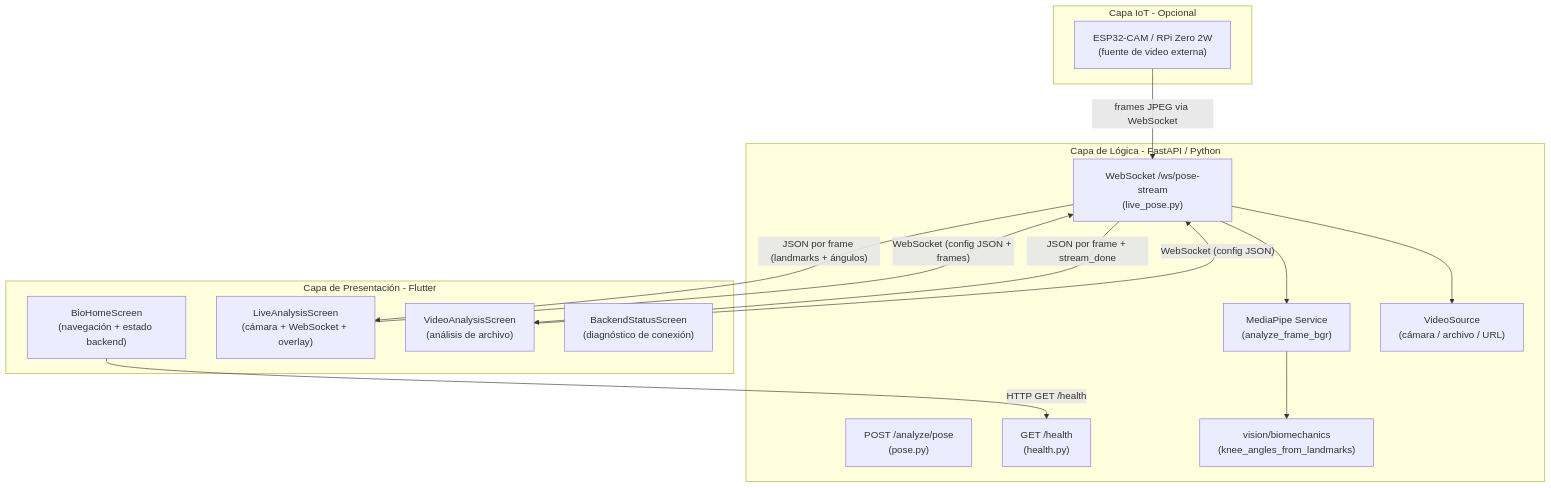
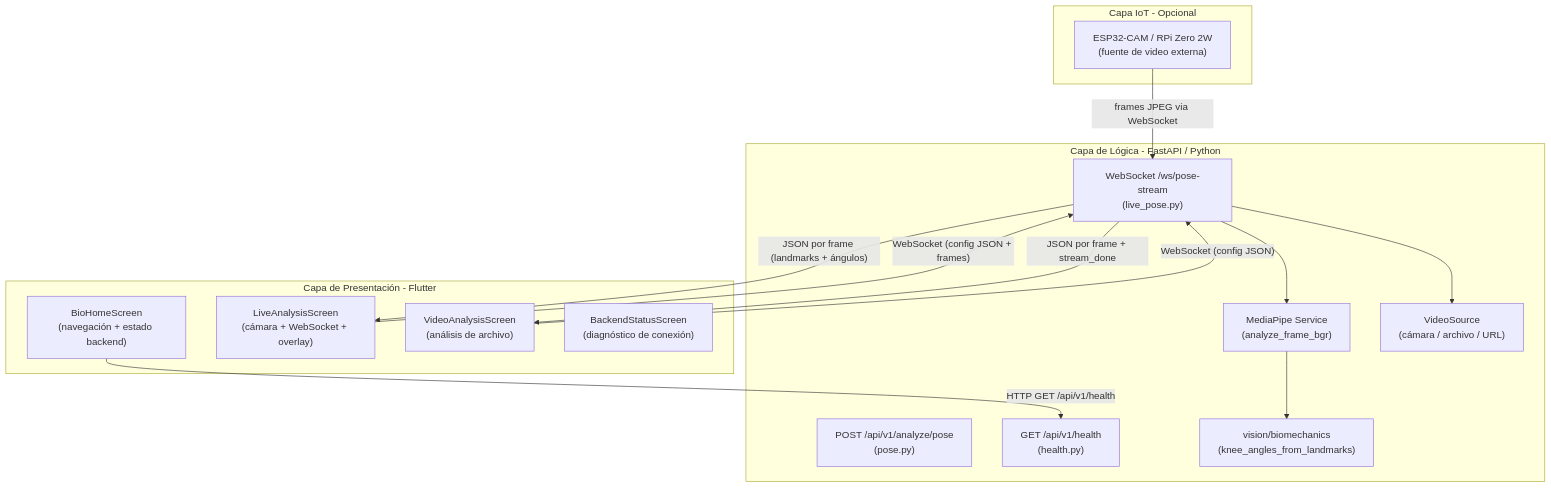
One commit to MLToroDev/bio-motion-evaluator changed the diagram in docs/Formato_trabajo_de_grado.md. Above: the diagram before and after it, drawn with Mermaid. The commit also changed other lines of this file and 66 other files, not shown here.

````diff
--- a/docs/Formato_trabajo_de_grado.md
+++ b/docs/Formato_trabajo_de_grado.md
@@ -574,32 +574,32 @@
 ```mermaid
 flowchart TD
     subgraph iotLayer [Capa IoT - Opcional]
         ESP32["ESP32-CAM / RPi Zero 2W\n(fuente de video externa)"]
     end
 
     subgraph frontendLayer [Capa de Presentación - Flutter]
         HomeScreen["BioHomeScreen\n(navegación + estado backend)"]
         LiveScreen["LiveAnalysisScreen\n(cámara + WebSocket + overlay)"]
         VideoScreen["VideoAnalysisScreen\n(análisis de archivo)"]
         StatusScreen["BackendStatusScreen\n(diagnóstico de conexión)"]
     end
 
     subgraph backendLayer [Capa de Lógica - FastAPI / Python]
         WS["WebSocket /ws/pose-stream\n(live_pose.py)"]
-        PoseRouter["POST /analyze/pose\n(pose.py)"]
-        HealthRouter["GET /health\n(health.py)"]
+        PoseRouter["POST /api/v1/analyze/pose\n(pose.py)"]
+        HealthRouter["GET /api/v1/health\n(health.py)"]
         MediaPipeSvc["MediaPipe Service\n(analyze_frame_bgr)"]
         VideoSource["VideoSource\n(cámara / archivo / URL)"]
         Biomech["vision/biomechanics\n(knee_angles_from_landmarks)"]
     end
 
     ESP32 -->|"frames JPEG via WebSocket"| WS
     LiveScreen -->|"WebSocket (config JSON + frames)"| WS
     VideoScreen -->|"WebSocket (config JSON)"| WS
-    HomeScreen -->|"HTTP GET /health"| HealthRouter
+    HomeScreen -->|"HTTP GET /api/v1/health"| HealthRouter
     WS --> VideoSource
     WS --> MediaPipeSvc
     MediaPipeSvc --> Biomech
     WS -->|"JSON por frame (landmarks + ángulos)"| LiveScreen
     WS -->|"JSON por frame + stream_done"| VideoScreen
 ```
````
